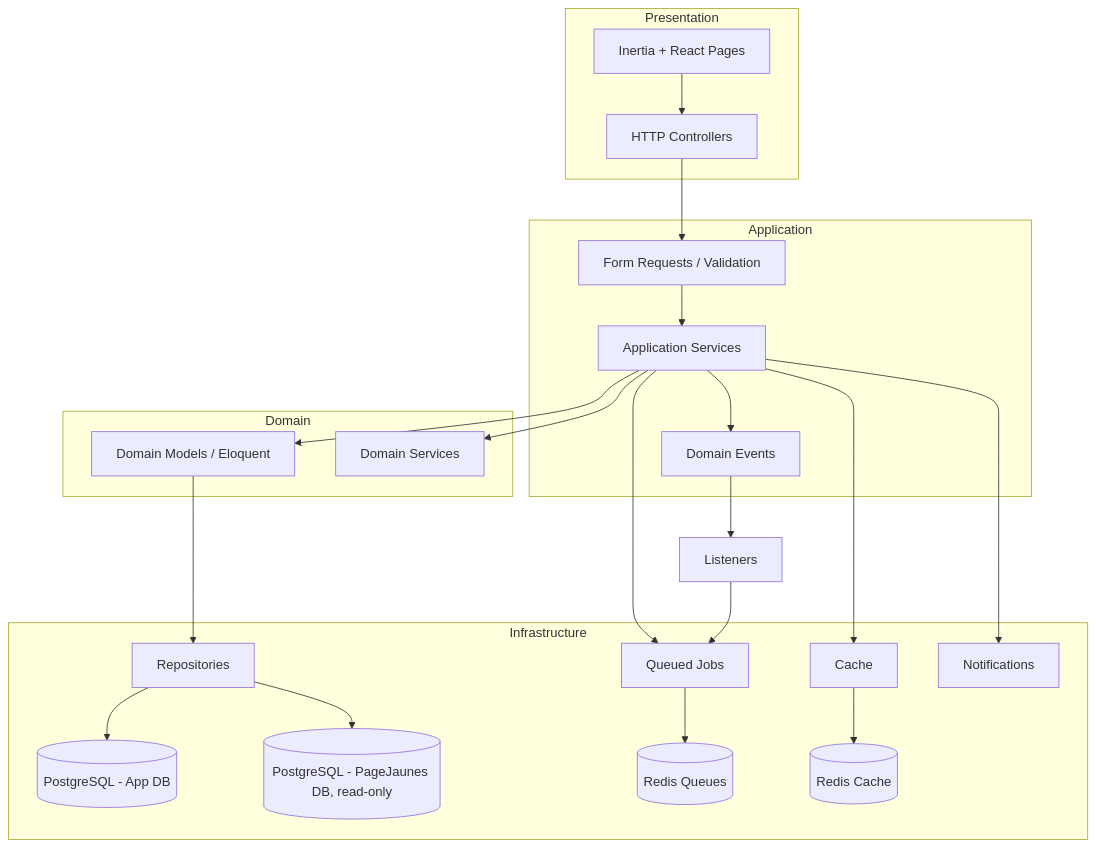
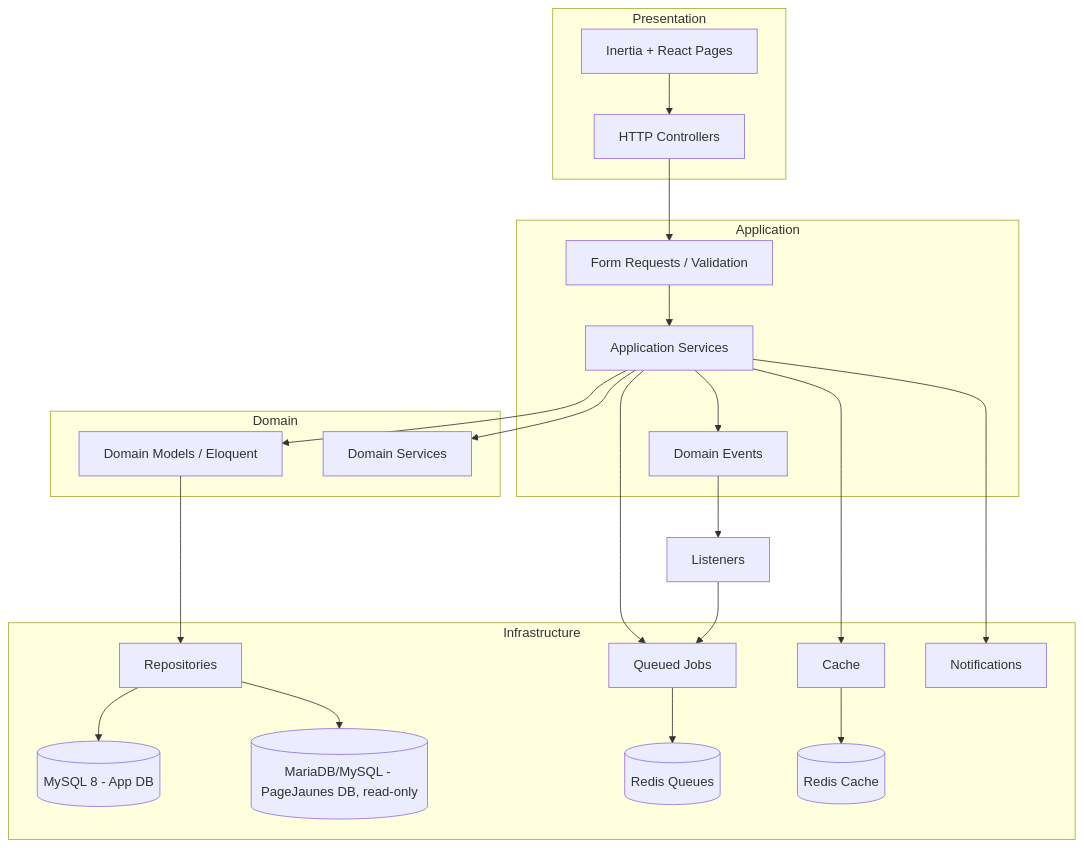
The first of 4 diagrams in docs/02-system-architecture.md (oualaeddine/emailer), drawn with Mermaid before and after one commit. The commit also changed other lines of this file and 9 other files, not shown here.

````diff
--- a/docs/02-system-architecture.md
+++ b/docs/02-system-architecture.md
@@ -13,27 +13,27 @@
 ```mermaid
 graph TB
     subgraph Presentation
         A[Inertia + React Pages] --> B[HTTP Controllers]
     end
     subgraph Application
         B --> C[Form Requests / Validation]
         C --> D[Application Services]
         D --> E[Domain Events]
     end
     subgraph Domain
         D --> F[Domain Models / Eloquent]
         D --> G[Domain Services]
     end
     subgraph Infrastructure
         F --> H[Repositories]
-        H --> I[(PostgreSQL - App DB)]
-        H --> J[(PostgreSQL - PageJaunes DB, read-only)]
+        H --> I[(MySQL 8 - App DB)]
+        H --> J[(MariaDB/MySQL - PageJaunes DB, read-only)]
         D --> K[Queued Jobs]
         K --> L[(Redis Queues)]
         D --> M[Cache]
         M --> N[(Redis Cache)]
         D --> O[Notifications]
     end
     E --> P[Listeners]
     P --> K
 ```
````
